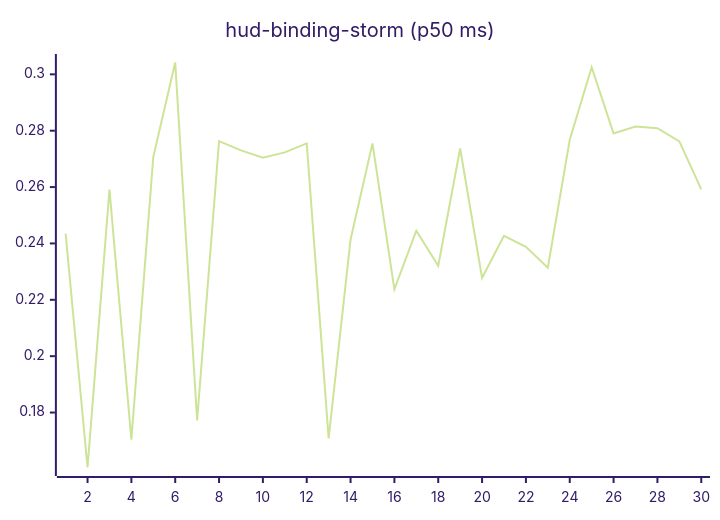
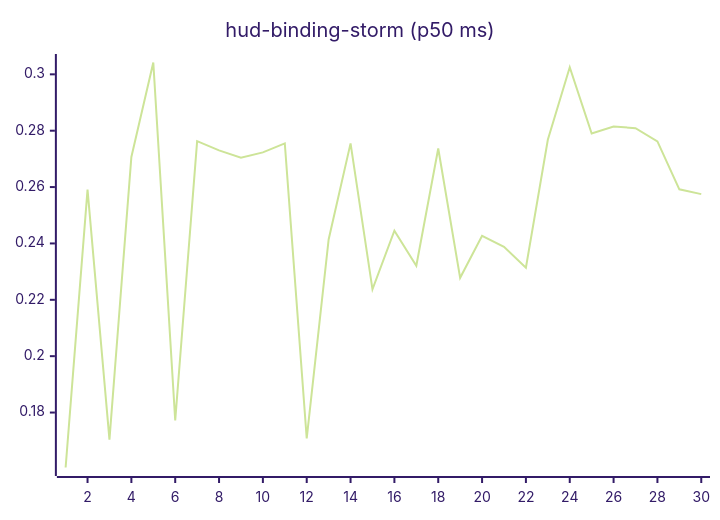
Before and after one commit to josha/Facet: the tenth of 27 diagrams in README.md, drawn with Mermaid (forest theme). The commit also changed other lines of this file and 2 other files, not shown here.

````diff
--- a/README.md
+++ b/README.md
@@ -126,6 +126,6 @@
 ```mermaid
 xychart-beta
     title "hud-binding-storm (p50 ms)"
     x-axis 1 --> 30
-    line [0.2435, 0.1605, 0.2591, 0.1704, 0.2707, 0.3042, 0.1772, 0.2763, 0.2730, 0.2704, 0.2723, 0.2755, 0.1708, 0.2414, 0.2755, 0.2237, 0.2445, 0.2321, 0.2737, 0.2278, 0.2427, 0.2388, 0.2314, 0.2768, 0.3025, 0.2790, 0.2815, 0.2809, 0.2762, 0.2592]
+    line [0.1605, 0.2591, 0.1704, 0.2707, 0.3042, 0.1772, 0.2763, 0.2730, 0.2704, 0.2723, 0.2755, 0.1708, 0.2414, 0.2755, 0.2237, 0.2445, 0.2321, 0.2737, 0.2278, 0.2427, 0.2388, 0.2314, 0.2768, 0.3025, 0.2790, 0.2815, 0.2809, 0.2762, 0.2592, 0.2575]
 ```
````
